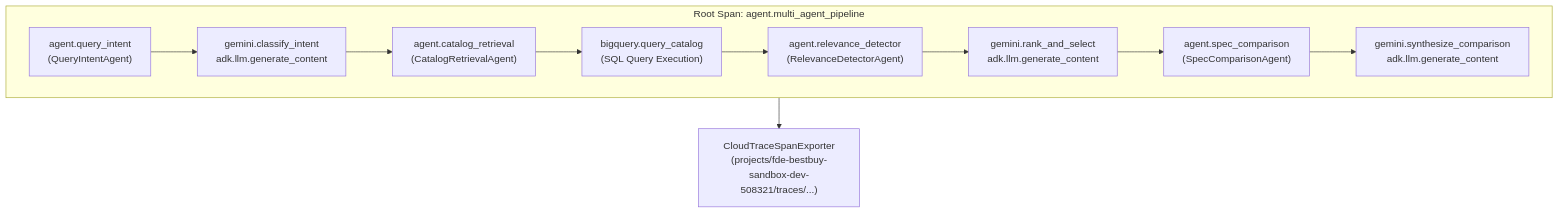
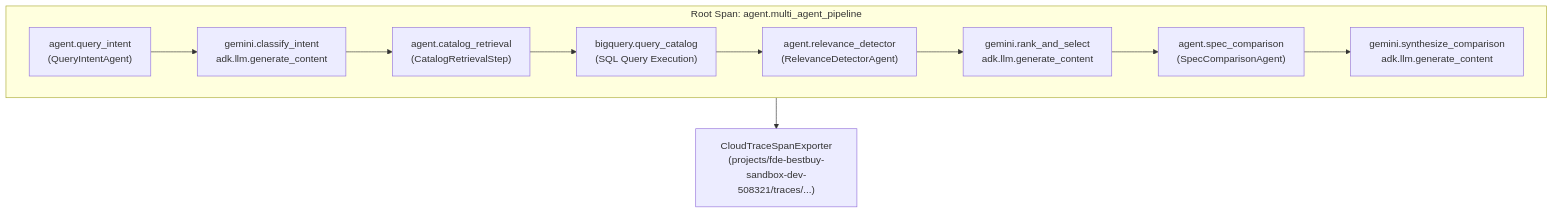
The tenth of 13 diagrams in ARCHITECTURE.md (willie3838/williamc-ecomm-capstone), drawn with Mermaid before and after one commit. The commit also changed other lines of this file and 22 other files, not shown here.

````diff
--- a/ARCHITECTURE.md
+++ b/ARCHITECTURE.md
@@ -850,25 +848,25 @@
 ```mermaid
 flowchart TD
     subgraph MultiAgentPipeline["Root Span: agent.multi_agent_pipeline"]
         S1["agent.query_intent<br/>(QueryIntentAgent)"]
         S1_LLM["gemini.classify_intent<br/>adk.llm.generate_content"]
         S1 --> S1_LLM
 
-        S2["agent.catalog_retrieval<br/>(CatalogRetrievalAgent)"]
+        S2["agent.catalog_retrieval<br/>(CatalogRetrievalStep)"]
         S2_BQ["bigquery.query_catalog<br/>(SQL Query Execution)"]
         S2 --> S2_BQ
 
         S3["agent.relevance_detector<br/>(RelevanceDetectorAgent)"]
         S3_LLM["gemini.rank_and_select<br/>adk.llm.generate_content"]
         S3 --> S3_LLM
 
         S4["agent.spec_comparison<br/>(SpecComparisonAgent)"]
         S4_LLM["gemini.synthesize_comparison<br/>adk.llm.generate_content"]
         S4 --> S4_LLM
     end
 
     S1_LLM --> S2
     S2_BQ --> S3
     S3_LLM --> S4
     MultiAgentPipeline --> EXPORT["CloudTraceSpanExporter<br/>(projects/fde-bestbuy-sandbox-dev-508321/traces/...)"]
 ```
````
